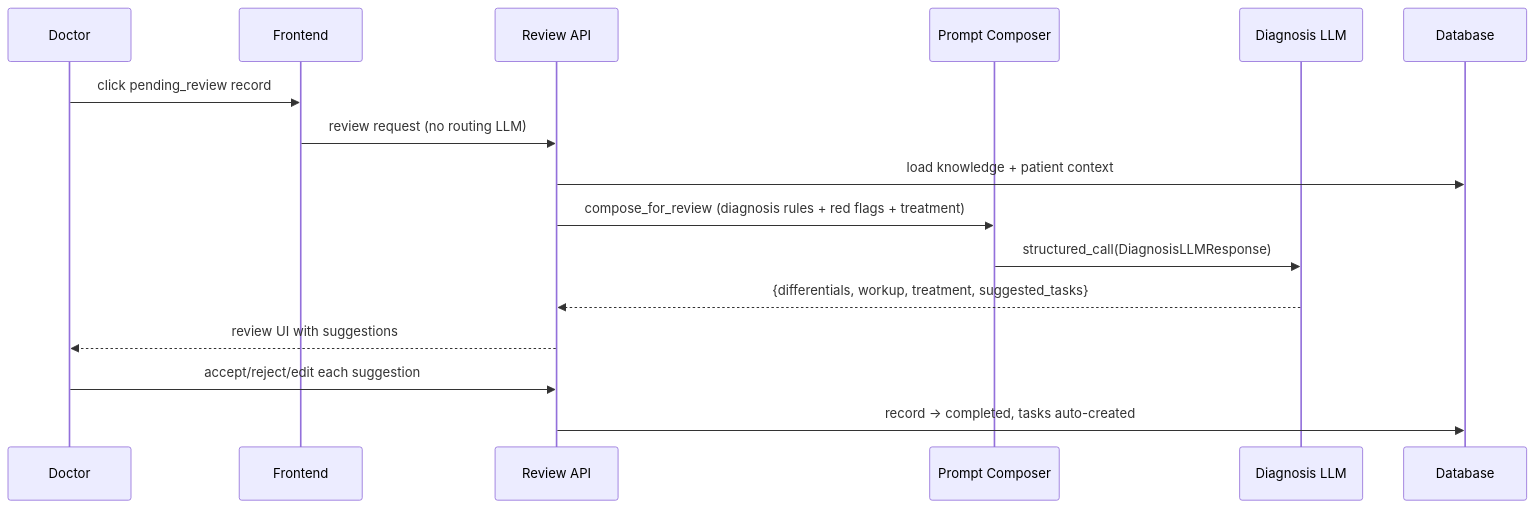
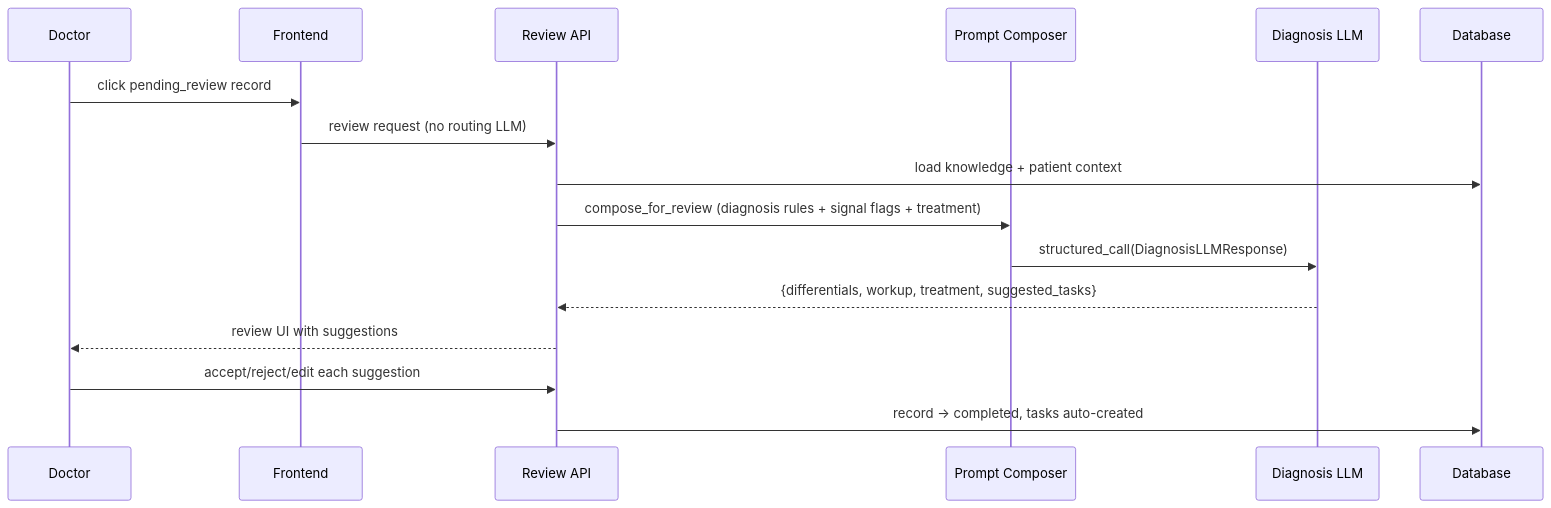
The fifth of 11 diagrams in docs/architecture.md (moments8890/doctor-ai-agent), drawn with Mermaid before and after one commit. The commit also changed other lines of this file and 337 other files, not shown here.

````diff
--- a/docs/architecture.md
+++ b/docs/architecture.md
@@ -218,19 +218,19 @@
 ```mermaid
 sequenceDiagram
     participant D as Doctor
     participant UI as Frontend
     participant API as Review API
     participant P as Prompt Composer
     participant L as Diagnosis LLM
     participant DB as Database
 
     D->>UI: click pending_review record
     UI->>API: review request (no routing LLM)
     API->>DB: load knowledge + patient context
-    API->>P: compose_for_review (diagnosis rules + red flags + treatment)
+    API->>P: compose_for_review (diagnosis rules + signal flags + treatment)
     P->>L: structured_call(DiagnosisLLMResponse)
     L-->>API: {differentials, workup, treatment, suggested_tasks}
     API-->>D: review UI with suggestions
     D->>API: accept/reject/edit each suggestion
     API->>DB: record -> completed, tasks auto-created
 ```
````
